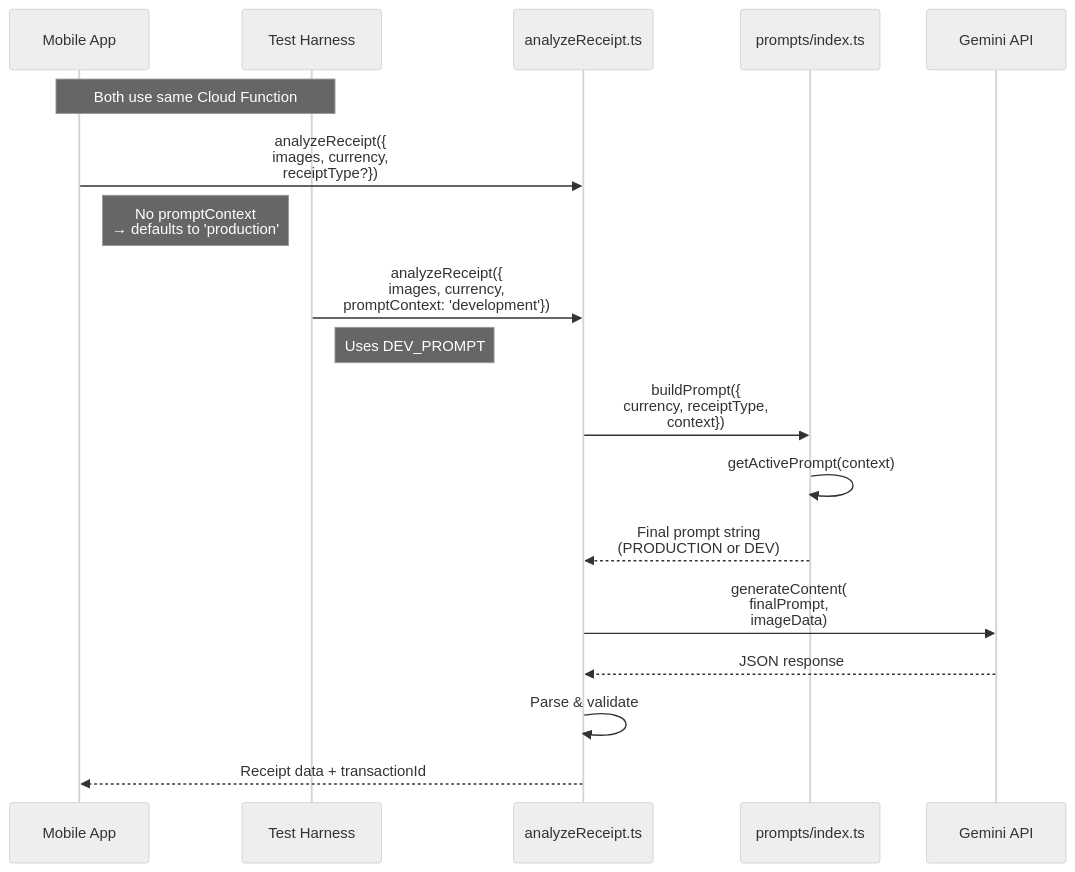
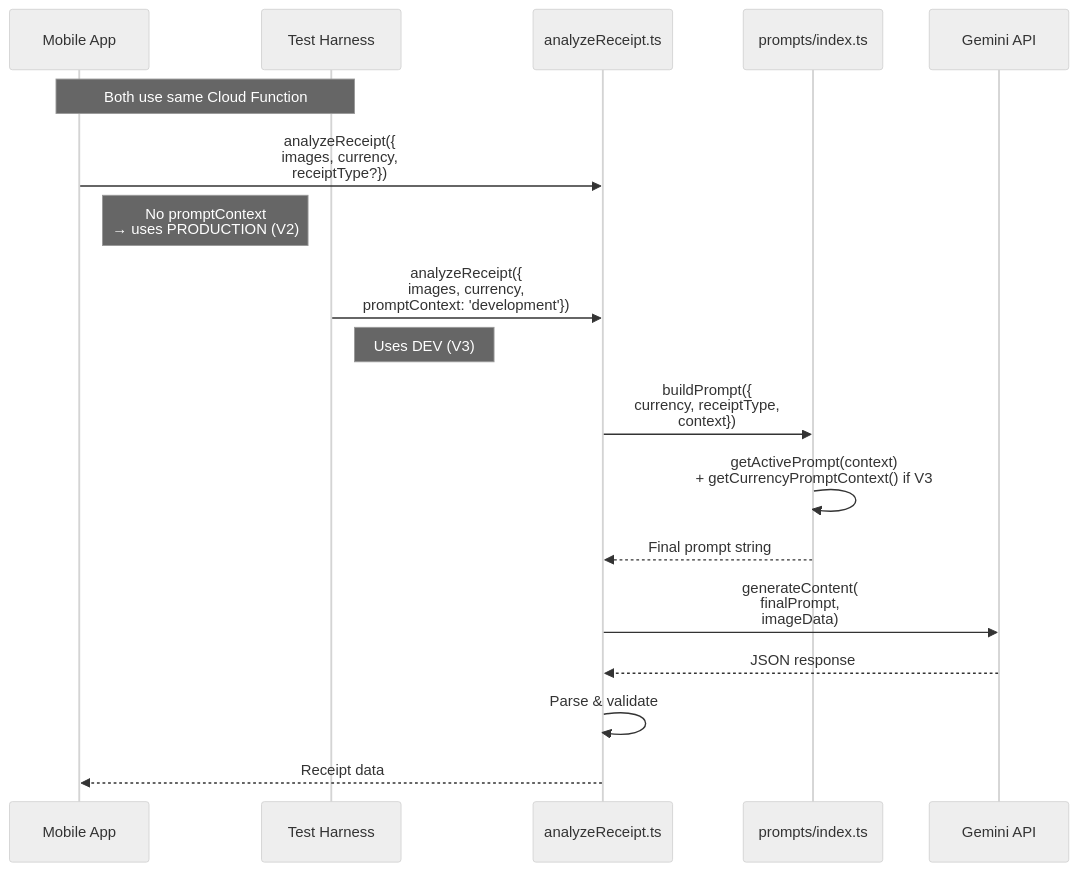
The seventh of 8 diagrams in prompt-testing/ARCHITECTURE.md (Brownbull/gmni_boletapp), drawn with Mermaid (neutral theme) before and after one commit. The commit also changed other lines of this file and 200 other files, not shown here.

````diff
--- a/prompt-testing/ARCHITECTURE.md
+++ b/prompt-testing/ARCHITECTURE.md
@@ -167,26 +233,26 @@
 ```mermaid
 sequenceDiagram
     participant App as Mobile App
     participant Test as Test Harness
     participant CF as analyzeReceipt.ts
     participant Prompts as prompts/index.ts
     participant Gemini as Gemini API
 
     Note over App,Test: Both use same Cloud Function
 
     App->>CF: analyzeReceipt({<br/>images, currency,<br/>receiptType?})
-    Note right of App: No promptContext<br/>→ defaults to 'production'
+    Note right of App: No promptContext<br/>→ uses PRODUCTION (V2)
 
     Test->>CF: analyzeReceipt({<br/>images, currency,<br/>promptContext: 'development'})
-    Note right of Test: Uses DEV_PROMPT
+    Note right of Test: Uses DEV (V3)
 
     CF->>Prompts: buildPrompt({<br/>currency, receiptType,<br/>context})
-    Prompts->>Prompts: getActivePrompt(context)
-    Prompts-->>CF: Final prompt string<br/>(PRODUCTION or DEV)
+    Prompts->>Prompts: getActivePrompt(context)<br/>+ getCurrencyPromptContext() if V3
+    Prompts-->>CF: Final prompt string
 
     CF->>Gemini: generateContent(<br/>finalPrompt,<br/>imageData)
 
     Gemini-->>CF: JSON response
     CF->>CF: Parse & validate
-    CF-->>App: Receipt data + transactionId
+    CF-->>App: Receipt data
 ```
````
